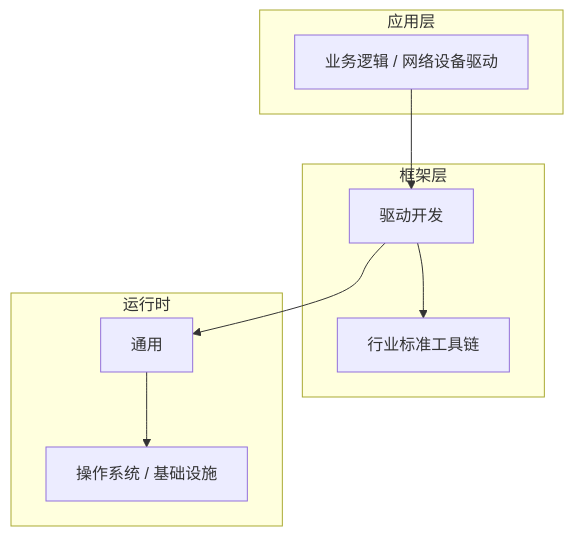
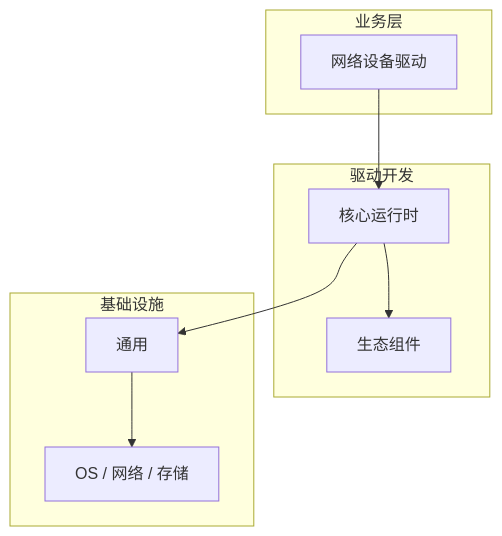
One commit to yanggan2015/knowledge-json-v2 changed the diagram in articles/驱动开发/chapters/031-网络设备驱动核心概念与原理.md. Above: the diagram before and after it, drawn with Mermaid. The commit also changed other lines of this file and 10127 other files, not shown here.

````diff
--- a/articles/驱动开发/chapters/031-网络设备驱动核心概念与原理.md
+++ b/articles/驱动开发/chapters/031-网络设备驱动核心概念与原理.md
@@ -45,18 +34,18 @@
 ```mermaid
 graph TB
-    subgraph 应用层
-        A[业务逻辑 / 网络设备驱动]
+    subgraph 业务层
+        A[网络设备驱动]
     end
-    subgraph 框架层
-        B[驱动开发]
-        C[行业标准工具链]
+    subgraph 驱动开发
+        B[核心运行时]
+        C[生态组件]
     end
-    subgraph 运行时
+    subgraph 基础设施
         D[通用]
-        E[操作系统 / 基础设施]
+        E[OS / 网络 / 存储]
     end
     A --> B
     B --> C
     B --> D
     D --> E
 ```
````
